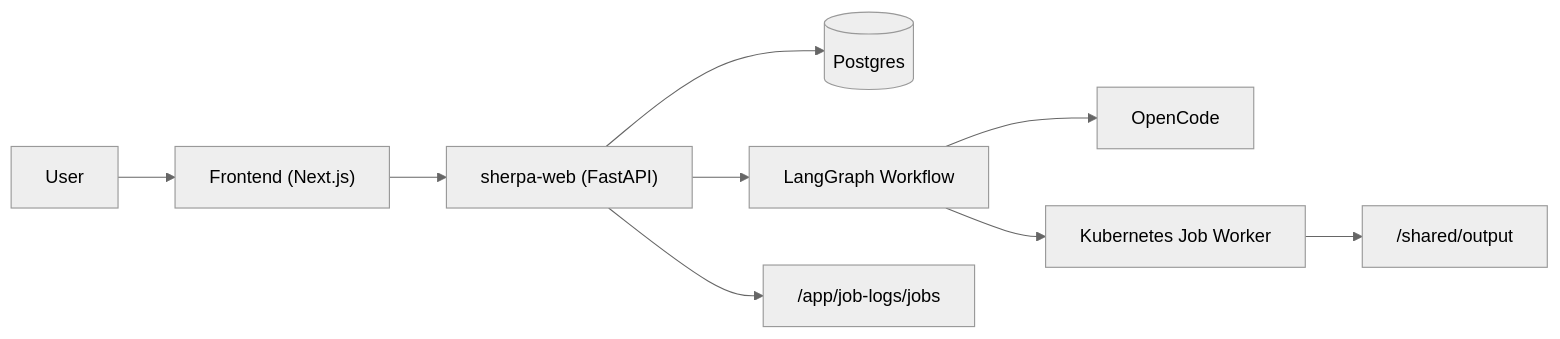
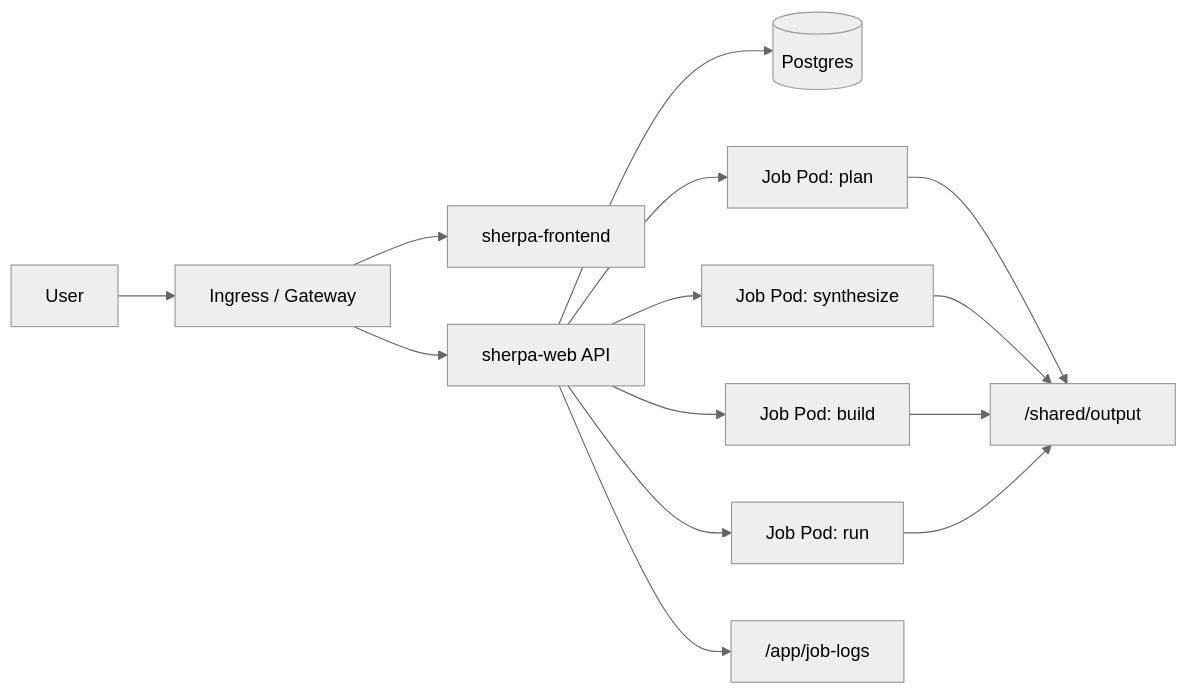
Before and after one commit to ZUENS2020/Sherpa: the first of 4 diagrams in README.md, drawn with Mermaid (neutral theme). The commit also changed other lines of this file, not shown here.

````diff
--- a/README.md
+++ b/README.md
@@ -39,11 +28,16 @@
 ```mermaid
 flowchart LR
-  U["User"] --> FE["Frontend (Next.js)"]
-  FE --> API["sherpa-web (FastAPI)"]
-  API --> DB[(Postgres)]
-  API --> WF["LangGraph Workflow"]
-  WF --> OC["OpenCode"]
-  WF --> KJOB["Kubernetes Job Worker"]
-  KJOB --> OUT["/shared/output"]
-  API --> LOG["/app/job-logs/jobs"]
+  U["User"] --> IN["Ingress / Gateway"]
+  IN --> FE["sherpa-frontend"]
+  IN --> API["sherpa-web API"]
+  API --> DB[("Postgres")]
+  API --> S1["Job Pod: plan"]
+  API --> S2["Job Pod: synthesize"]
+  API --> S3["Job Pod: build"]
+  API --> S4["Job Pod: run"]
+  S1 --> OUT["/shared/output"]
+  S2 --> OUT
+  S3 --> OUT
+  S4 --> OUT
+  API --> LOG["/app/job-logs"]
 ```
````
